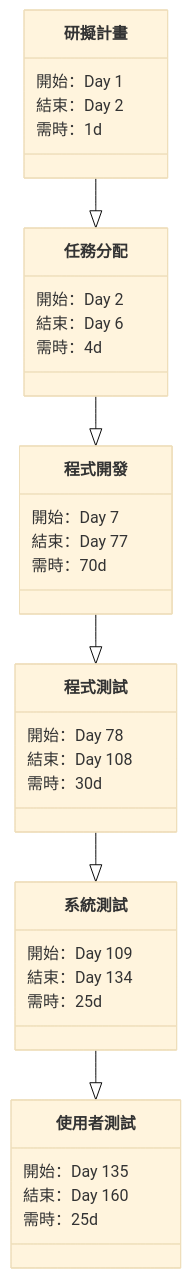
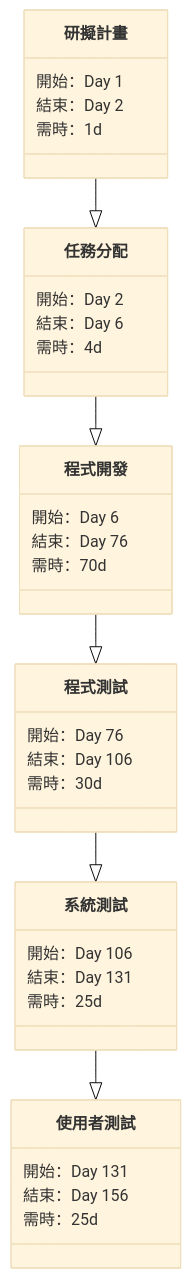
Before and after one commit to MoRedChen/2022-3a: the third of 3 diagrams in hw2.md, drawn with Mermaid (base theme). The commit also changed other lines of this file, not shown here.

````diff
--- a/hw2.md
+++ b/hw2.md
@@ -107,33 +107,33 @@
 ```mermaid
 classDiagram
 
 研擬計畫 --|> 任務分配
 任務分配 --|> 程式開發
 程式開發 --|> 程式測試
 程式測試 --|> 系統測試
 系統測試 --|> 使用者測試
 
 研擬計畫 : 開始：Day 1
 研擬計畫 : 結束：Day 2
 研擬計畫 : 需時：1d
 
 任務分配 : 開始：Day 2
 任務分配 : 結束：Day 6
 任務分配 : 需時：4d
 
-程式開發 : 開始：Day 7
-程式開發 : 結束：Day 77
+程式開發 : 開始：Day 6
+程式開發 : 結束：Day 76
 程式開發 : 需時：70d
 
-程式測試 : 開始：Day 78
-程式測試 : 結束：Day 108
+程式測試 : 開始：Day 76
+程式測試 : 結束：Day 106
 程式測試 : 需時：30d
 
-系統測試 : 開始：Day 109
-系統測試 : 結束：Day 134
+系統測試 : 開始：Day 106
+系統測試 : 結束：Day 131
 系統測試 : 需時：25d
 
-使用者測試 : 開始：Day 135
-使用者測試 : 結束：Day 160
+使用者測試 : 開始：Day 131
+使用者測試 : 結束：Day 156
 使用者測試 : 需時：25d
 ```
````
